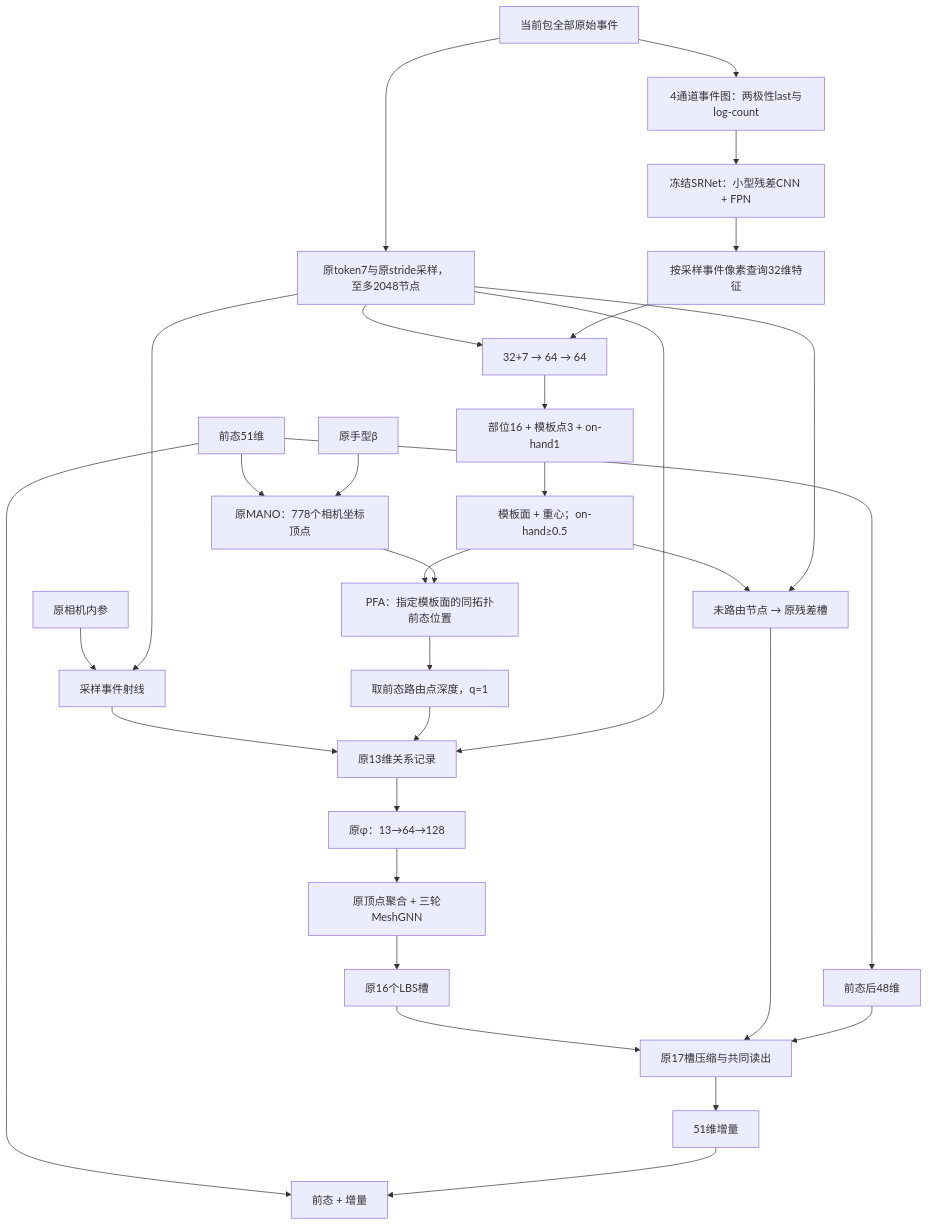
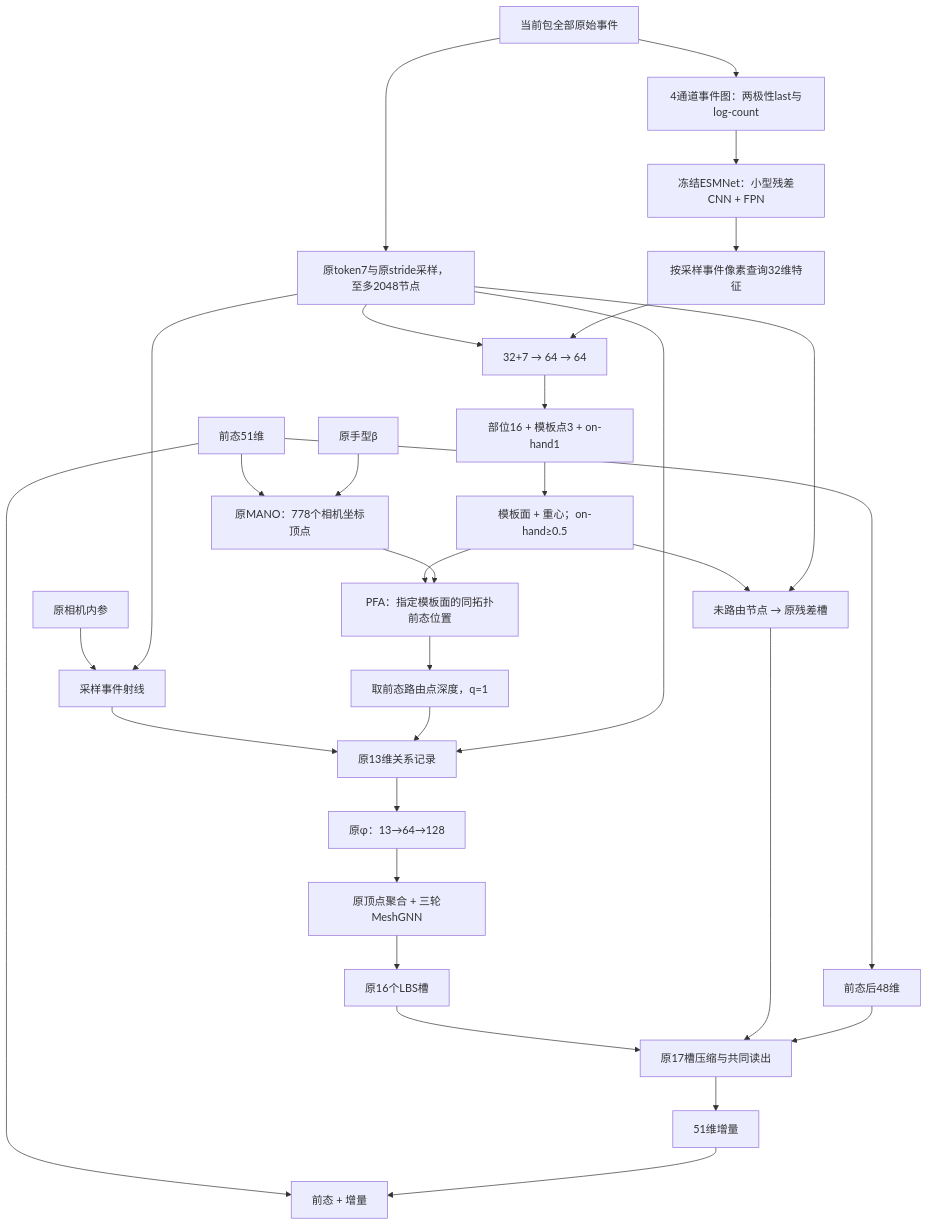
The diagram in docs/S45_PFASRDZ_设计与实现详解_20261102.md (labor-fight/EventHands1), drawn with Mermaid before and after one commit. The commit also changed other lines of this file and 164 other files, not shown here.

````diff
--- a/docs/S45_PFASRDZ_设计与实现详解_20261102.md
+++ b/docs/S45_PFASRDZ_设计与实现详解_20261102.md
@@ -50,33 +52,33 @@
 ```mermaid
 flowchart TD
     E["当前包全部原始事件"] --> IMG["4通道事件图：两极性last与log-count"]
-    IMG --> CNN["冻结SRNet：小型残差CNN + FPN"]
+    IMG --> CNN["冻结ESMNet：小型残差CNN + FPN"]
     E --> TOK["原token7与原stride采样，至多2048节点"]
     CNN --> QUERY["按采样事件像素查询32维特征"]
     TOK --> HEAD["32+7 → 64 → 64"]
     QUERY --> HEAD
     HEAD --> ROUTE["部位16 + 模板点3 + on-hand1"]
     ROUTE --> FB["模板面 + 重心；on-hand≥0.5"]
     P["前态51维"] --> FK["原MANO：778个相机坐标顶点"]
     B["原手型β"] --> FK
     FB --> PFA["PFA：指定模板面的同拓扑前态位置"]
     FK --> PFA
     PFA --> Z["取前态路由点深度，q=1"]
     K["原相机内参"] --> RAY["采样事件射线"]
     TOK --> RAY
     RAY --> REC["原13维关系记录"]
     Z --> REC
     TOK --> REC
     REC --> PHI["原φ：13→64→128"]
     PHI --> MESH["原顶点聚合 + 三轮MeshGNN"]
     MESH --> SLOT["原16个LBS槽"]
     FB --> RES["未路由节点 → 原残差槽"]
     TOK --> RES
     SLOT --> READ["原17槽压缩与共同读出"]
     RES --> READ
     P --> PREV48["前态后48维"]
     PREV48 --> READ
     READ --> D["51维增量"]
     P --> OUT["前态 + 增量"]
     D --> OUT
 ```
````
